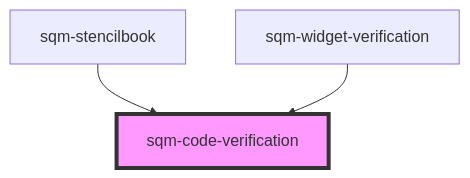
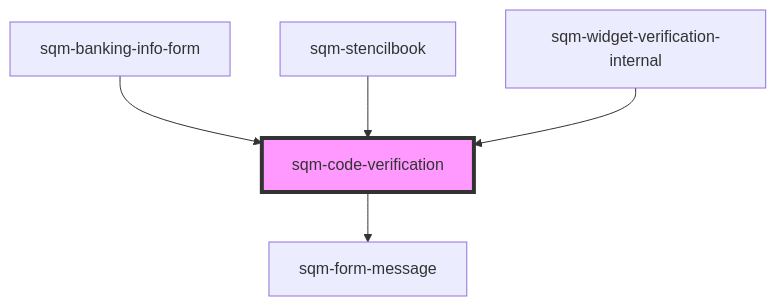
One commit to saasquatch/program-tools changed the diagram in packages/mint-components/src/components/sqm-widget-verification/sqm-code-verification/readme.md. Above: the diagram before and after it, drawn with Mermaid. The commit also changed other lines of this file and 15 other files, not shown here.

````diff
--- a/packages/mint-components/src/components/sqm-widget-verification/sqm-code-verification/readme.md
+++ b/packages/mint-components/src/components/sqm-widget-verification/sqm-code-verification/readme.md
@@ -32,6 +38,8 @@
 ```mermaid
 graph TD;
+  sqm-code-verification --> sqm-form-message
+  sqm-banking-info-form --> sqm-code-verification
   sqm-stencilbook --> sqm-code-verification
-  sqm-widget-verification --> sqm-code-verification
+  sqm-widget-verification-internal --> sqm-code-verification
   style sqm-code-verification fill:#f9f,stroke:#333,stroke-width:4px
 ```
````
